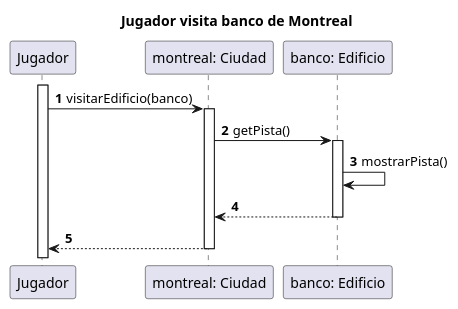
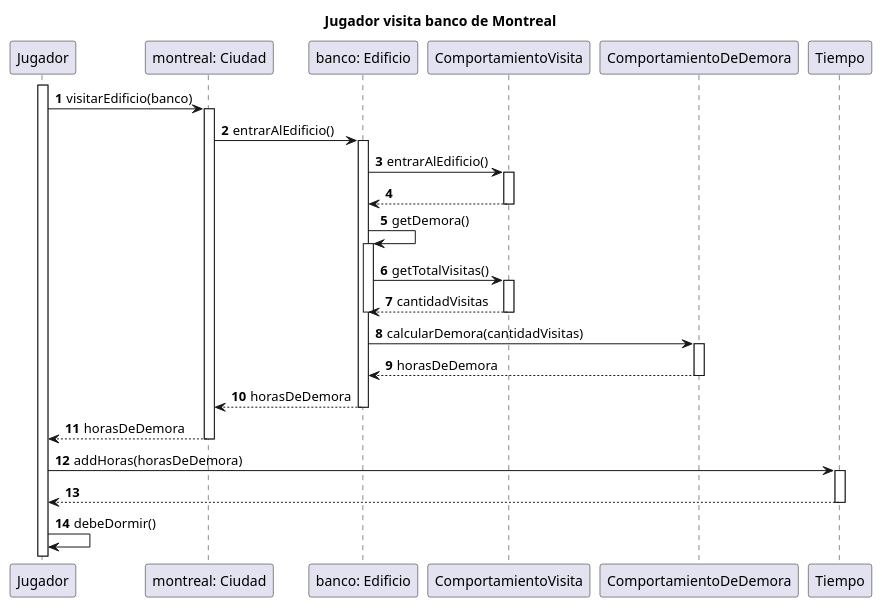
Before and after one commit to alexguttlein/TP2-CarmenSandiego: the diagram in diagrams/sequences/Entrega1/casoUso1.puml, drawn with PlantUML. The commit also changed 14 other files, not shown here.

Commit message:
Agrego ataque al jugador y algunos diagramas

```diff
--- a/diagrams/sequences/Entrega1/casoUso1.puml
+++ b/diagrams/sequences/Entrega1/casoUso1.puml
@@ -1,16 +1,35 @@
 @startuml
 
 autonumber
 title "Jugador visita banco de Montreal"
 activate Jugador
 Jugador -> "montreal: Ciudad": visitarEdificio(banco)
 activate "montreal: Ciudad"
-"montreal: Ciudad" -> "banco: Edificio": getPista()
+"montreal: Ciudad" -> "banco: Edificio": entrarAlEdificio()
 activate "banco: Edificio"
-"banco: Edificio" -> "banco: Edificio": mostrarPista()
-"banco: Edificio" --> "montreal: Ciudad"
+"banco: Edificio" -> ComportamientoVisita : entrarAlEdificio()
+activate ComportamientoVisita
+ComportamientoVisita --> "banco: Edificio"
+deactivate ComportamientoVisita
+"banco: Edificio" -> "banco: Edificio": getDemora()
+activate "banco: Edificio"
+"banco: Edificio" -> ComportamientoVisita : getTotalVisitas()
+activate ComportamientoVisita
+ComportamientoVisita --> "banco: Edificio" : cantidadVisitas
+deactivate ComportamientoVisita
 deactivate "banco: Edificio"
-"montreal: Ciudad" --> Jugador
+"banco: Edificio" -> ComportamientoDeDemora : calcularDemora(cantidadVisitas)
+activate ComportamientoDeDemora
+ComportamientoDeDemora --> "banco: Edificio" : horasDeDemora
+deactivate ComportamientoDeDemora
+"banco: Edificio" --> "montreal: Ciudad" : horasDeDemora
+deactivate "banco: Edificio"
+"montreal: Ciudad" --> Jugador : horasDeDemora
 deactivate "montreal: Ciudad"
+Jugador -> Tiempo : addHoras(horasDeDemora)
+activate Tiempo
+Tiempo --> Jugador
+deactivate Tiempo
+Jugador -> Jugador : debeDormir()
 
 @enduml
```
